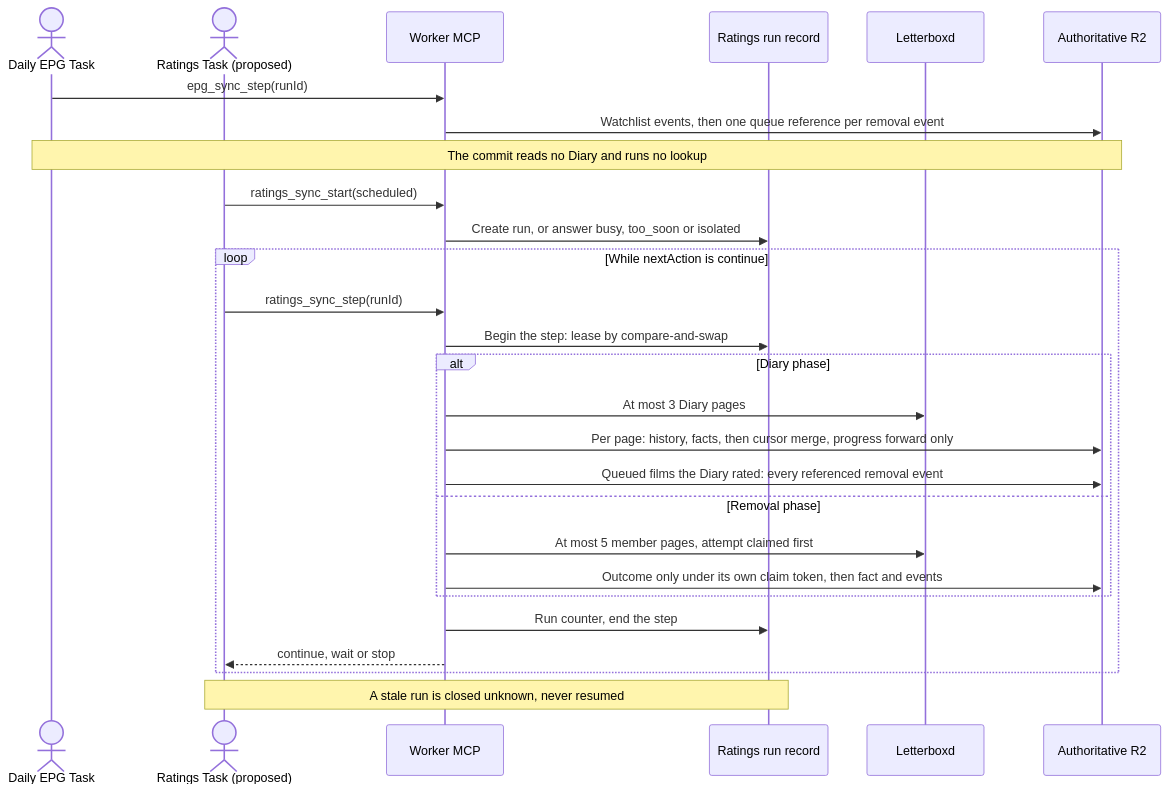
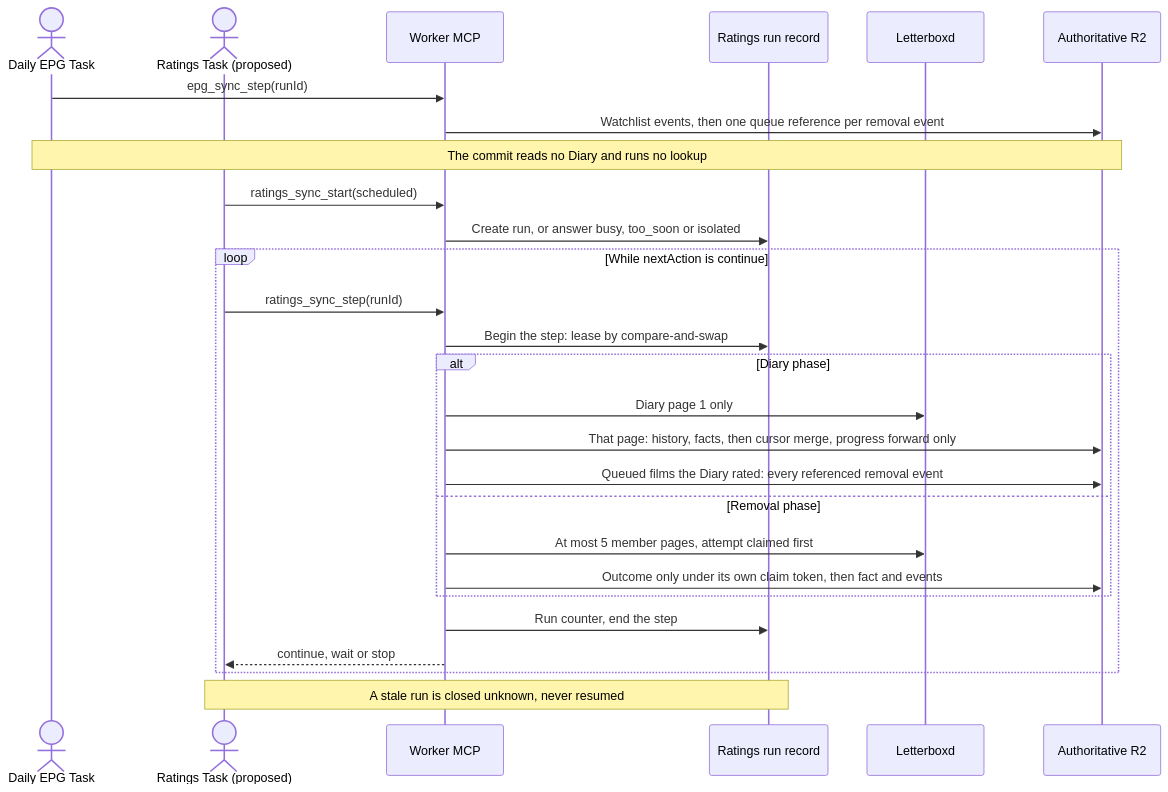
One commit to vladimino/iptv-watchlist changed the second of 3 diagrams in docs/architecture/scheduling-and-orchestration.md. Above: the diagram before and after it, drawn with Mermaid. The commit also changed other lines of this file and 24 other files, not shown here.

First line of the commit message:
AIR-304: read Diary page 1 only and use a visible rating

````diff
--- a/docs/architecture/scheduling-and-orchestration.md
+++ b/docs/architecture/scheduling-and-orchestration.md
@@ -105,29 +105,29 @@
 ```mermaid
 sequenceDiagram
     actor Daily as Daily EPG Task
     actor Ratings as Ratings Task (proposed)
     participant MCP as Worker MCP
     participant Run as Ratings run record
     participant LB as Letterboxd
     participant R2 as Authoritative R2
     Daily->>MCP: epg_sync_step(runId)
     MCP->>R2: Watchlist events, then one queue reference per removal event
     Note over Daily,R2: The commit reads no Diary and runs no lookup
     Ratings->>MCP: ratings_sync_start(scheduled)
     MCP->>Run: Create run, or answer busy, too_soon or isolated
     loop While nextAction is continue
         Ratings->>MCP: ratings_sync_step(runId)
         MCP->>Run: Begin the step: lease by compare-and-swap
         alt Diary phase
-            MCP->>LB: At most 3 Diary pages
-            MCP->>R2: Per page: history, facts, then cursor merge, progress forward only
+            MCP->>LB: Diary page 1 only
+            MCP->>R2: That page: history, facts, then cursor merge, progress forward only
             MCP->>R2: Queued films the Diary rated: every referenced removal event
         else Removal phase
             MCP->>LB: At most 5 member pages, attempt claimed first
             MCP->>R2: Outcome only under its own claim token, then fact and events
         end
         MCP->>Run: Run counter, end the step
         MCP-->>Ratings: continue, wait or stop
     end
     Note over Ratings,Run: A stale run is closed unknown, never resumed
 ```
````
